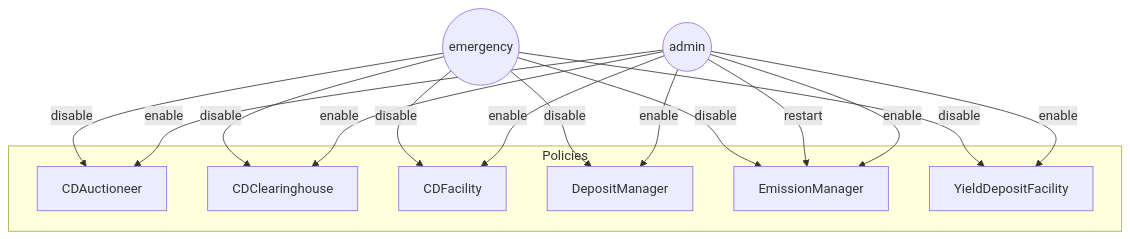
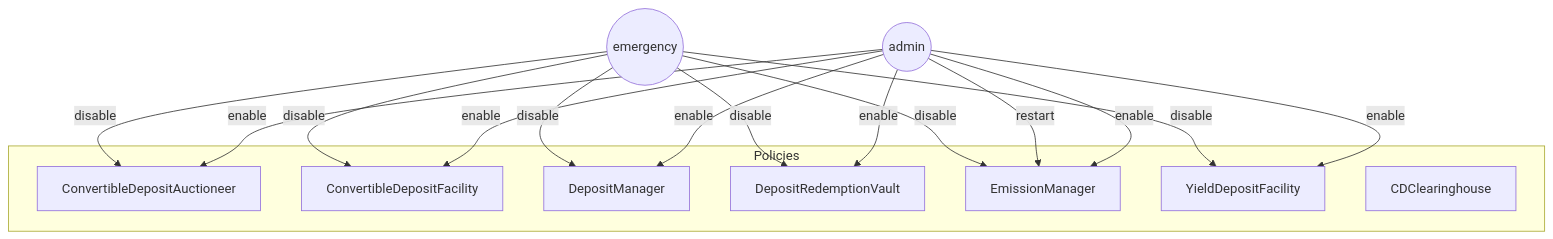
One commit to OlympusDAO/olympus-v3 changed the first of 9 diagrams in audit/2025-01_convertible-deposits/README.md. Above: the diagram before and after it, drawn with Mermaid. The commit also changed other lines of this file and 1 other file, not shown here.

````diff
--- a/audit/2025-01_convertible-deposits/README.md
+++ b/audit/2025-01_convertible-deposits/README.md
@@ -217,25 +227,26 @@
 ```mermaid
 flowchart TD
-  admin((admin)) -- enable --> CDAuctioneer
-  admin((admin)) -- enable --> CDClearinghouse
-  admin((admin)) -- enable --> CDFacility
+  admin((admin)) -- enable --> ConvertibleDepositAuctioneer
+  admin((admin)) -- enable --> ConvertibleDepositFacility
   admin((admin)) -- enable --> DepositManager
+  admin((admin)) -- enable --> DepositRedemptionVault
   admin((admin)) -- enable --> EmissionManager
   admin((admin)) -- enable --> YieldDepositFacility
   admin((admin)) -- restart --> EmissionManager
-  emergency((emergency)) -- disable --> CDAuctioneer
-  emergency((emergency)) -- disable --> CDClearinghouse
-  emergency((emergency)) -- disable --> CDFacility
+  emergency((emergency)) -- disable --> ConvertibleDepositAuctioneer
+  emergency((emergency)) -- disable --> ConvertibleDepositFacility
   emergency((emergency)) -- disable --> DepositManager
+  emergency((emergency)) -- disable --> DepositRedemptionVault
   emergency((emergency)) -- disable --> EmissionManager
   emergency((emergency)) -- disable --> YieldDepositFacility
 
   subgraph Policies
-    CDAuctioneer
+    ConvertibleDepositAuctioneer
     CDClearinghouse
-    CDFacility
+    ConvertibleDepositFacility
     DepositManager
+    DepositRedemptionVault
     EmissionManager
     YieldDepositFacility
   end
 ```
````
